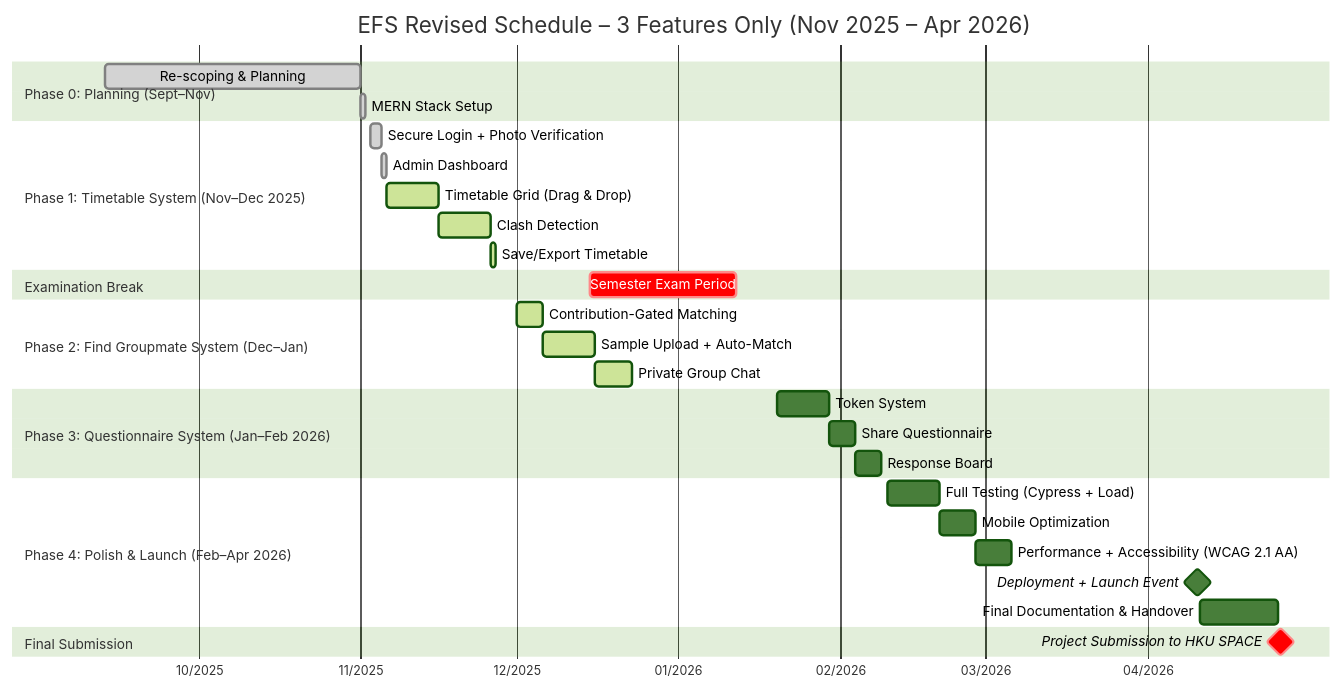
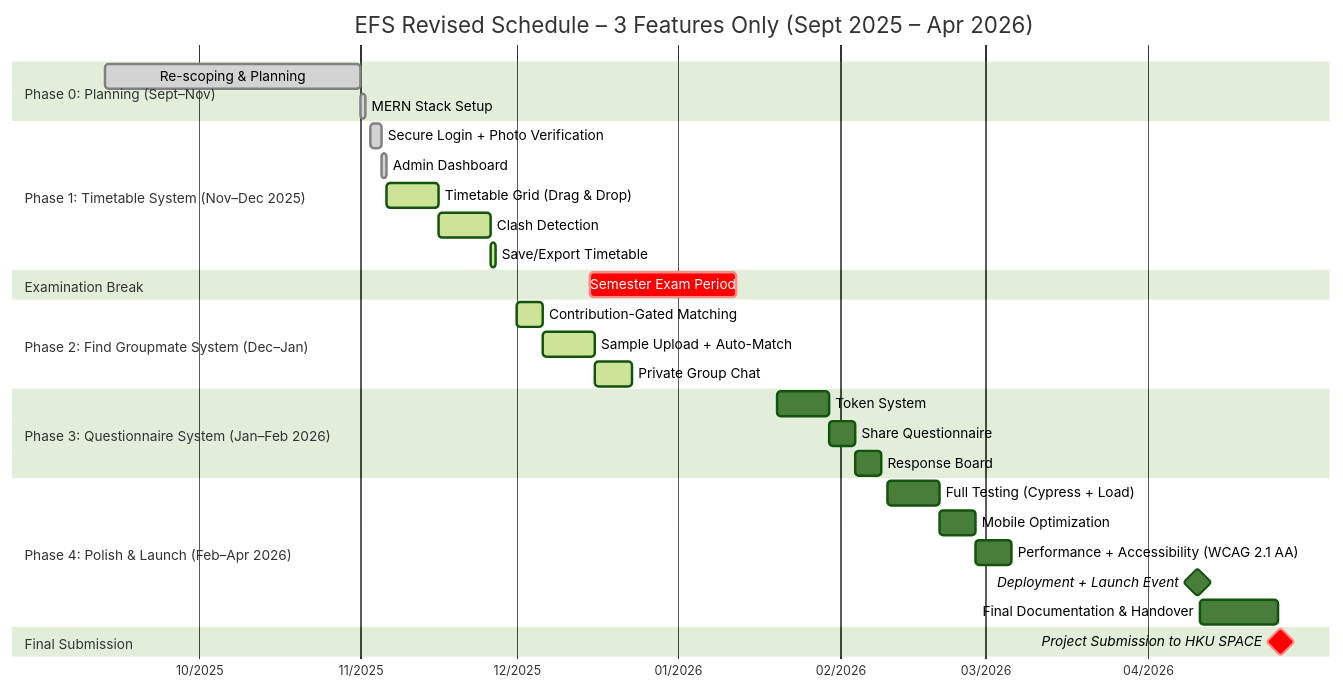
The diagram in markdown/schedule.md (MyFGitAccount/MARKDOWN_KK), drawn with Mermaid (forest theme) before and after one commit.

Commit message:
add schedule

````diff
--- a/markdown/schedule.md
+++ b/markdown/schedule.md
@@ -1,42 +1,42 @@
 ```mermaid
 gantt
-    title EFS Revised Schedule – 3 Features Only (Nov 2025 – Apr 2026)
+    title EFS Revised Schedule – 3 Features Only (Sept 2025 – Apr 2026)
     dateFormat  YYYY-MM-DD
     axisFormat  %m/%Y
     tickInterval 1month
     todayMarker stroke-width:1px,stroke:#e74c3c,opacity:0.9,font-size:small
     
     section Phase 0: Planning (Sept–Nov)
     Re-scoping & Planning                     :done, plan1, 2025-09-13, 2025-11-01
     MERN Stack Setup                          :done, setup1, after plan1, 1d
 
     section Phase 1: Timetable System (Nov–Dec 2025)
     Secure Login + Photo Verification         :done, auth1, 2025-11-03, 2025-11-05
     Admin Dashboard                           :done, admin1, after auth1, 1d
     Timetable Grid (Drag & Drop)              :active, timetable1, after admin1, 10d
     Clash Detection                           :active, clash1, after timetable1, 10d
     Save/Export Timetable                     :active, export1, after clash1, 1d
 
     section Examination Break
     Semester Exam Period                      :crit, exam, 2025-12-15, 2026-01-12
 
     section Phase 2: Find Groupmate System (Dec–Jan)
     Contribution-Gated Matching               :active, group1, 2025-12-01, 5d
     Sample Upload + Auto-Match                :active, timer1, after group1, 10d
     Private Group Chat                        :active, chat1, after timer1, 7d
 
     section Phase 3: Questionnaire System (Jan–Feb 2026)
     Token System                              :token1, 2026-01-20, 10d
     Share Questionnaire                       :share1, after token1, 5d
     Response Board                            :board1, after share1, 5d
 
     section Phase 4: Polish & Launch (Feb–Apr 2026)
     Full Testing (Cypress + Load)             :test1, 2026-02-10, 10d
     Mobile Optimization                       :mobile1, after test1, 7d
     Performance + Accessibility (WCAG 2.1 AA) :perf1, after mobile1, 7d
     Deployment + Launch Event                 :milestone, launch, 2026-04-10, 1d
     Final Documentation & Handover            :handover1, after launch, 15d
 
     section Final Submission
     Project Submission to HKU SPACE           :crit, milestone, submit, 2026-04-26, 1d
 ```
````
